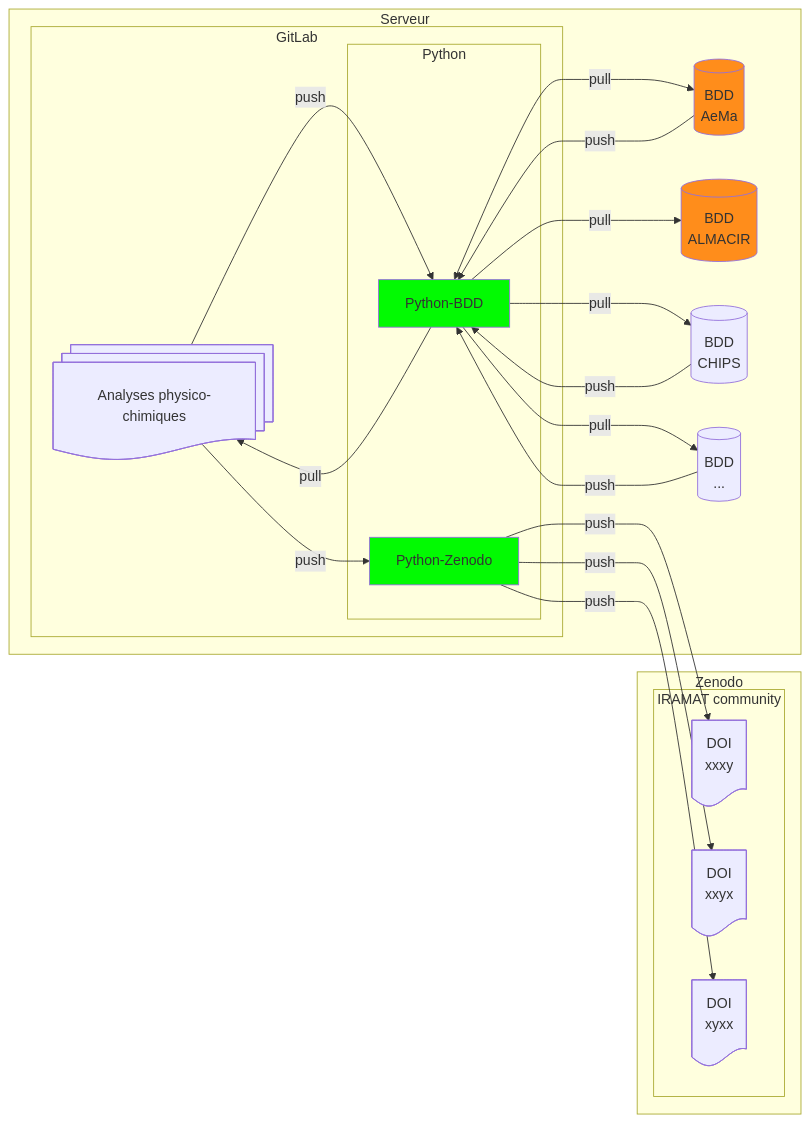
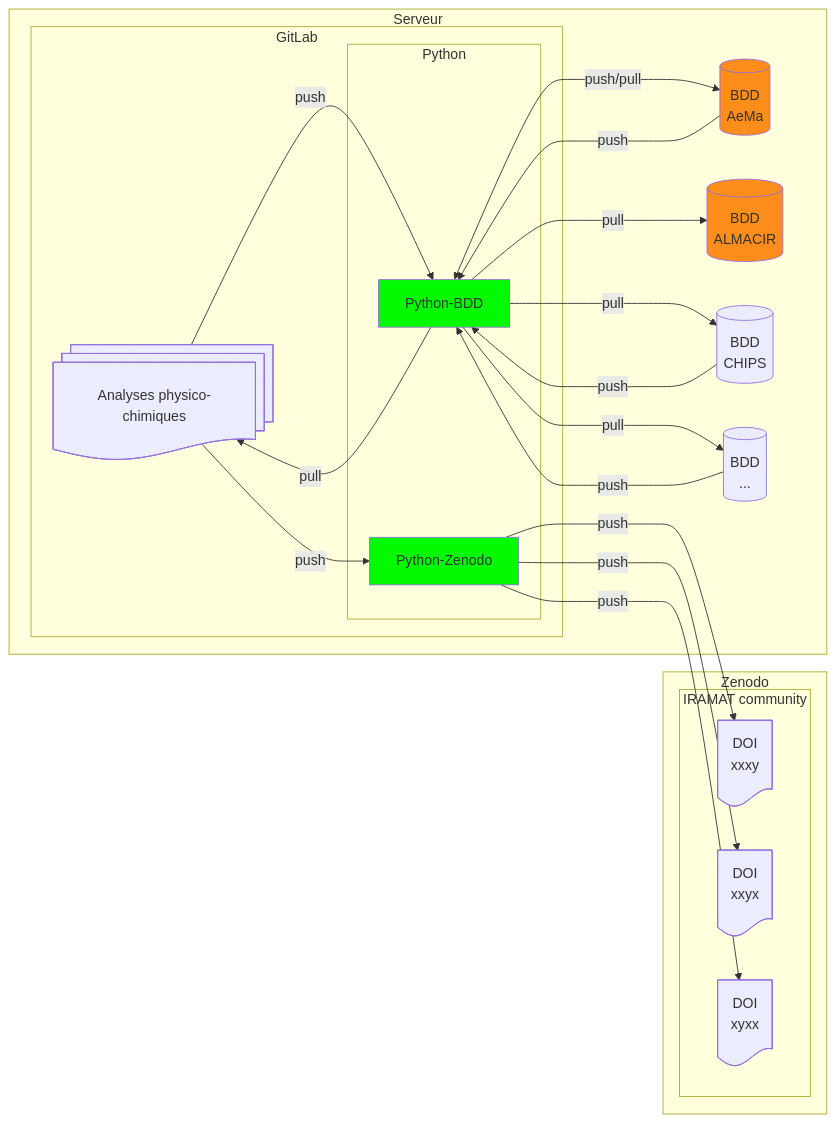
One commit to iramat/iramat-dev changed the diagram in dbs/README.md. Above: the diagram before and after it, drawn with Mermaid.

````diff
--- a/dbs/README.md
+++ b/dbs/README.md
@@ -5,35 +5,35 @@
 ```mermaid
 flowchart LR
 subgraph Serveur
     subgraph GitLab
         A@{ shape: docs, label: "Analyses physico-chimiques" }
         subgraph Python
             Z@{ procs: docs, label: "Python-BDD" }
             ZZ@{ procs: docs, label: "Python-Zenodo" }
         end
     end
     Z -- pull --> A;
     A -- push --> Z;
     A -- push --> ZZ;
-    Z <-- pull --> B[(BDD<br>AeMa)];
+    Z <-- push/pull --> B[(BDD<br>AeMa)];
     Z -- pull --> H[(BDD<br>ALMACIR)];
     Z -- pull --> C[(BDD<br>CHIPS)];
     Z -- pull --> D[(BDD<br>...)];
     B -- push --> Z;
     C -- push --> Z;
     D -- push --> Z;
 end
 subgraph Zenodo
     subgraph IRAMAT community
         ZZ -- push --> E@{ shape: doc, label: "DOI<br>xxxy" }
         ZZ -- push --> F@{ shape: doc, label: "DOI<br>xxyx" }
         ZZ -- push --> G@{ shape: doc, label: "DOI<br>xyxx" }
     end
 end
 
 click A "https://github.com/zoometh/iramat-test/blob/main/dbs/analysis_results.tsv" _blank
 style Z fill:#02fa02
 style ZZ fill:#02fa02
 style B fill:#FF8D1B
 style H fill:#FF8D1B
 ```
````
